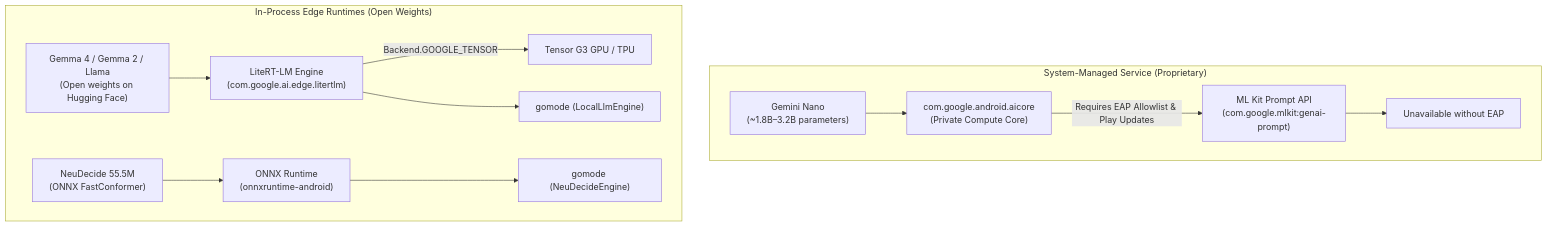
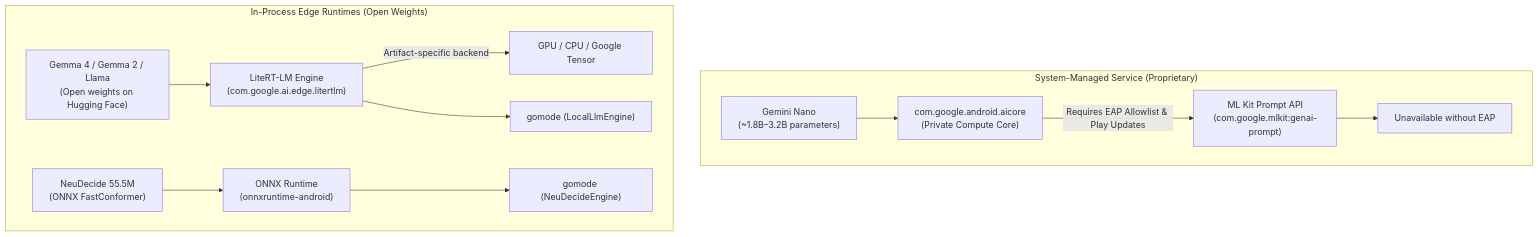
Before and after one commit to maruel/gomode: the fourth of 4 diagrams in docs/ON_DEVICE_VOICE_MODELS.md, drawn with Mermaid. The commit also changed other lines of this file and 6 other files, not shown here.

````diff
--- a/docs/ON_DEVICE_VOICE_MODELS.md
+++ b/docs/ON_DEVICE_VOICE_MODELS.md
@@ -285,17 +287,17 @@
 ```mermaid
 flowchart TD
     subgraph SystemRuntime["System-Managed Service (Proprietary)"]
         Nano["Gemini Nano<br/>(~1.8B–3.2B parameters)"] --> AICore["com.google.android.aicore<br/>(Private Compute Core)"]
         AICore -->|"Requires EAP Allowlist & Play Updates"| PromptAPI["ML Kit Prompt API<br/>(com.google.mlkit:genai-prompt)"]
         PromptAPI --> Blocked["Unavailable without EAP"]
     end
 
     subgraph InProcessRuntime["In-Process Edge Runtimes (Open Weights)"]
         Gemma["Gemma 4 / Gemma 2 / Llama<br/>(Open weights on Hugging Face)"] --> LiteRTLM["LiteRT-LM Engine<br/>(com.google.ai.edge.litertlm)"]
-        LiteRTLM -->|"Backend.GOOGLE_TENSOR"| TPU["Tensor G3 GPU / TPU"]
+        LiteRTLM -->|"Artifact-specific backend"| Accel["GPU / CPU / Google Tensor"]
         LiteRTLM --> App2["gomode (LocalLlmEngine)"]
 
         NeuDecide["NeuDecide 55.5M<br/>(ONNX FastConformer)"] --> ORT["ONNX Runtime<br/>(onnxruntime-android)"]
         ORT --> App3["gomode (NeuDecideEngine)"]
     end
 ```
````
